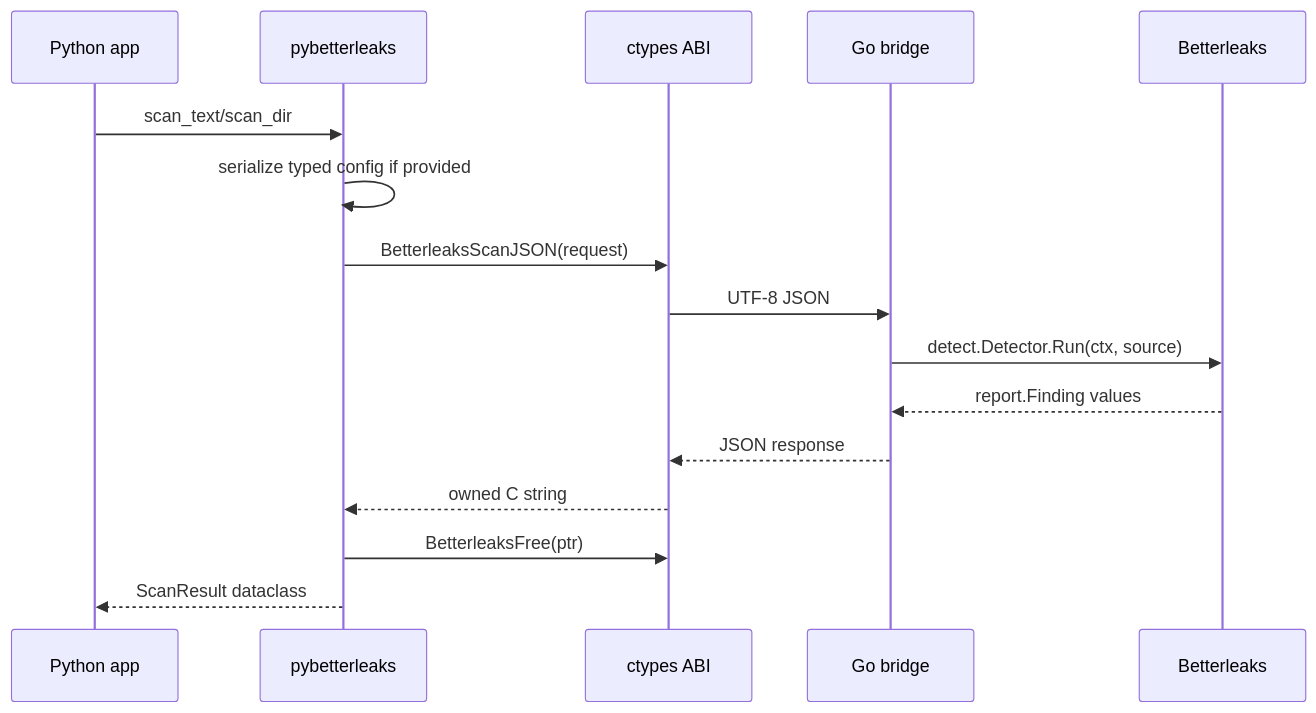
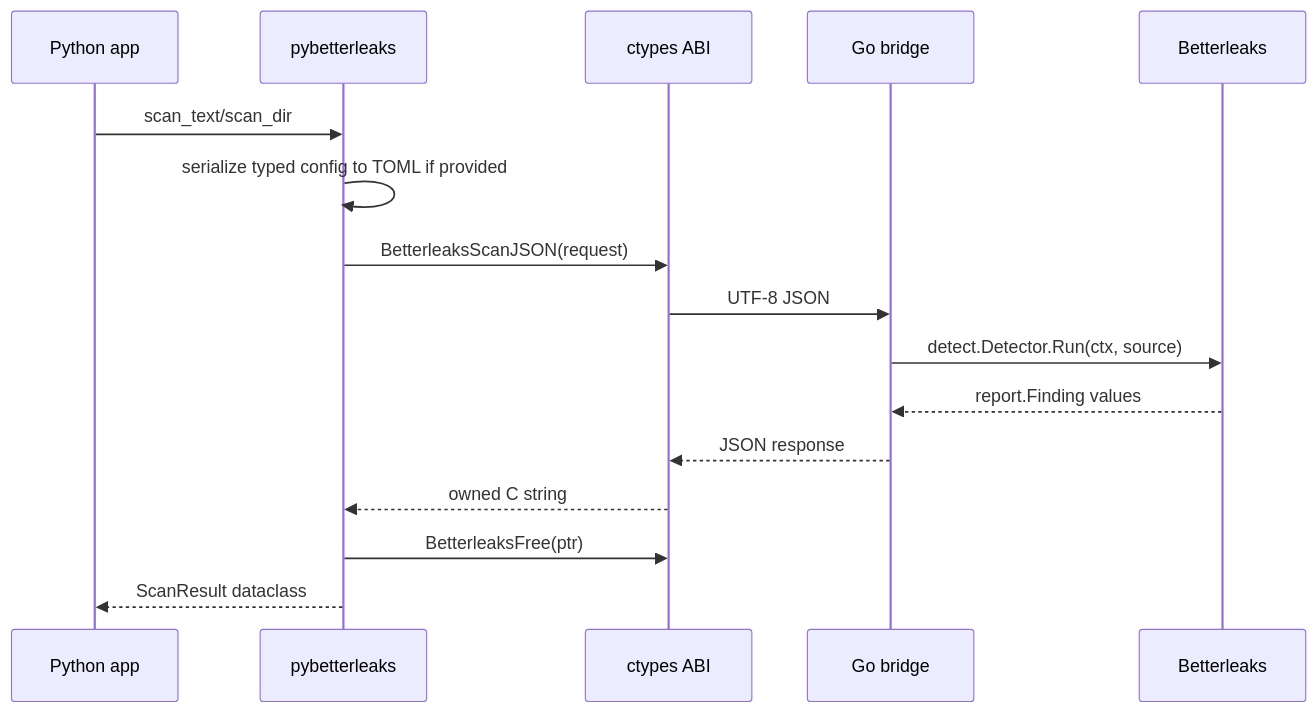
The diagram in docs/architecture.md (88roy88/pybetterleaks), drawn with Mermaid before and after one commit. The commit also changed other lines of this file and 12 other files, not shown here.

Commit message:
Inline typed config bridge requests

````diff
--- a/docs/architecture.md
+++ b/docs/architecture.md
@@ -43,19 +43,19 @@
 ```mermaid
 sequenceDiagram
     participant App as Python app
     participant SDK as pybetterleaks
     participant ABI as ctypes ABI
     participant Bridge as Go bridge
     participant Engine as Betterleaks
 
     App->>SDK: scan_text/scan_dir
-    SDK->>SDK: serialize typed config if provided
+    SDK->>SDK: serialize typed config to TOML if provided
     SDK->>ABI: BetterleaksScanJSON(request)
     ABI->>Bridge: UTF-8 JSON
     Bridge->>Engine: detect.Detector.Run(ctx, source)
     Engine-->>Bridge: report.Finding values
     Bridge-->>ABI: JSON response
     ABI-->>SDK: owned C string
     SDK->>ABI: BetterleaksFree(ptr)
     SDK-->>App: ScanResult dataclass
 ```
````
